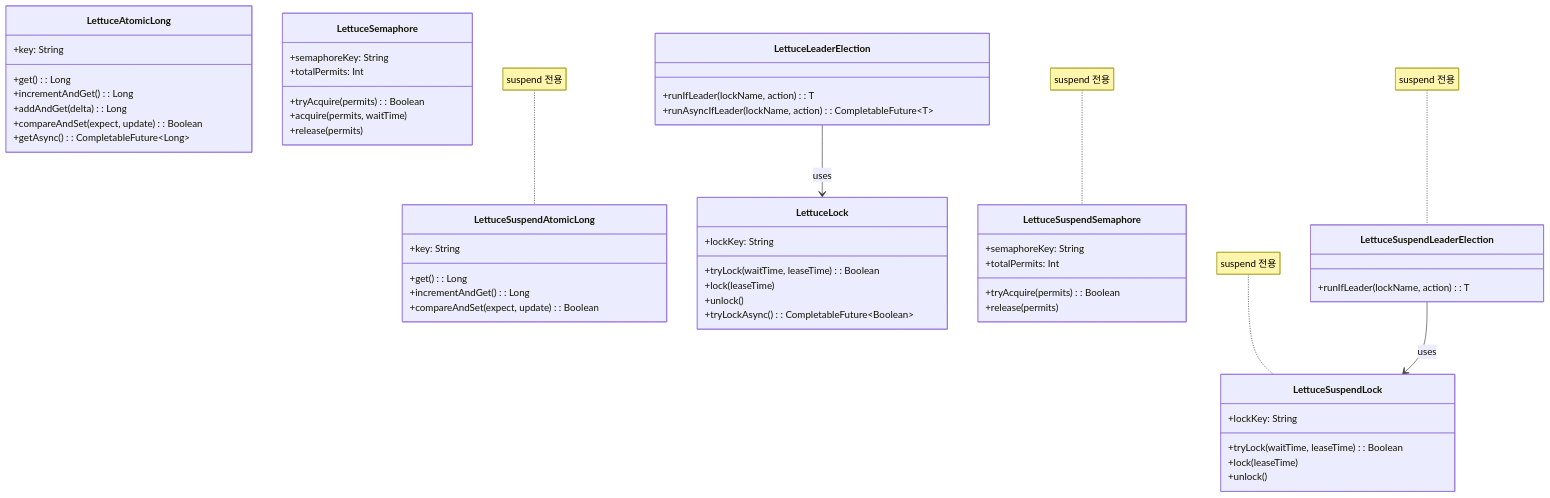
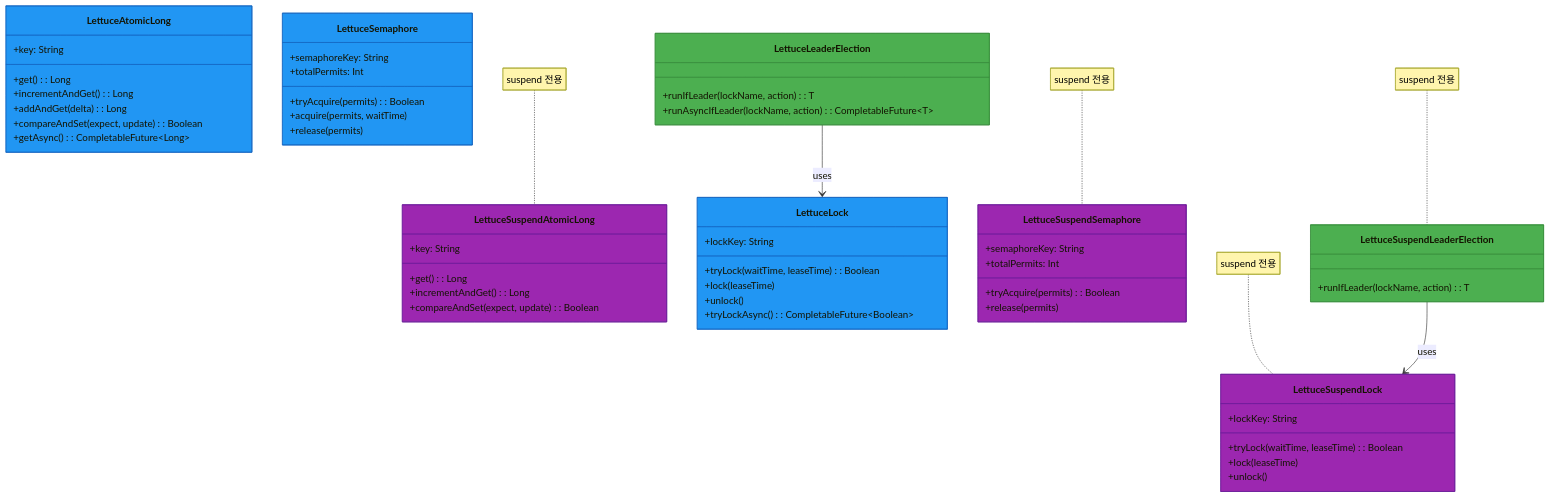
Before and after one commit to bluetape4k/bluetape4k-projects: the first of 3 diagrams in infra/lettuce/README.md, drawn with Mermaid. The commit also changed other lines of this file and 74 other files, not shown here.

First line of the commit message:
docs: bluetape4k/core/coroutines/logging, io/feign~vertx README 색상 Mermaid UML 추가

````diff
--- a/infra/lettuce/README.md
+++ b/infra/lettuce/README.md
@@ -318,60 +318,67 @@
 ```mermaid
 classDiagram
-    class LettuceAtomicLong {
+    class LettuceAtomicLong:::clientStyle {
         +key: String
         +get(): Long
         +incrementAndGet(): Long
         +addAndGet(delta): Long
         +compareAndSet(expect, update): Boolean
         +getAsync(): CompletableFuture~Long~
     }
-    class LettuceSuspendAtomicLong {
+    class LettuceSuspendAtomicLong:::abstractStyle {
         +key: String
         +get(): Long
         +incrementAndGet(): Long
         +compareAndSet(expect, update): Boolean
     }
 
-    class LettuceLock {
+    class LettuceLock:::clientStyle {
         +lockKey: String
         +tryLock(waitTime, leaseTime): Boolean
         +lock(leaseTime)
         +unlock()
         +tryLockAsync(): CompletableFuture~Boolean~
     }
-    class LettuceSuspendLock {
+    class LettuceSuspendLock:::abstractStyle {
         +lockKey: String
         +tryLock(waitTime, leaseTime): Boolean
         +lock(leaseTime)
         +unlock()
     }
 
-    class LettuceSemaphore {
+    class LettuceSemaphore:::clientStyle {
         +semaphoreKey: String
         +totalPermits: Int
         +tryAcquire(permits): Boolean
         +acquire(permits, waitTime)
         +release(permits)
     }
-    class LettuceSuspendSemaphore {
+    class LettuceSuspendSemaphore:::abstractStyle {
         +semaphoreKey: String
         +totalPermits: Int
         +tryAcquire(permits): Boolean
         +release(permits)
     }
 
-    class LettuceLeaderElection {
+    class LettuceLeaderElection:::serviceStyle {
         +runIfLeader(lockName, action): T
         +runAsyncIfLeader(lockName, action): CompletableFuture~T~
     }
-    class LettuceSuspendLeaderElection {
+    class LettuceSuspendLeaderElection:::serviceStyle {
         +runIfLeader(lockName, action): T
     }
 
     LettuceLeaderElection --> LettuceLock: uses
     LettuceSuspendLeaderElection --> LettuceSuspendLock: uses
     note for LettuceSuspendAtomicLong "suspend 전용"
     note for LettuceSuspendLock "suspend 전용"
     note for LettuceSuspendSemaphore "suspend 전용"
     note for LettuceSuspendLeaderElection "suspend 전용"
+
+    classDef cacheStyle   fill:#F44336,stroke:#B71C1C
+    classDef redisStyle   fill:#FF9800,stroke:#E65100
+    classDef infraStyle   fill:#607D8B,stroke:#37474F
+    classDef clientStyle  fill:#2196F3,stroke:#1565C0
+    classDef abstractStyle fill:#9C27B0,stroke:#6A1B9A
+    classDef serviceStyle fill:#4CAF50,stroke:#388E3C
 ```
````
